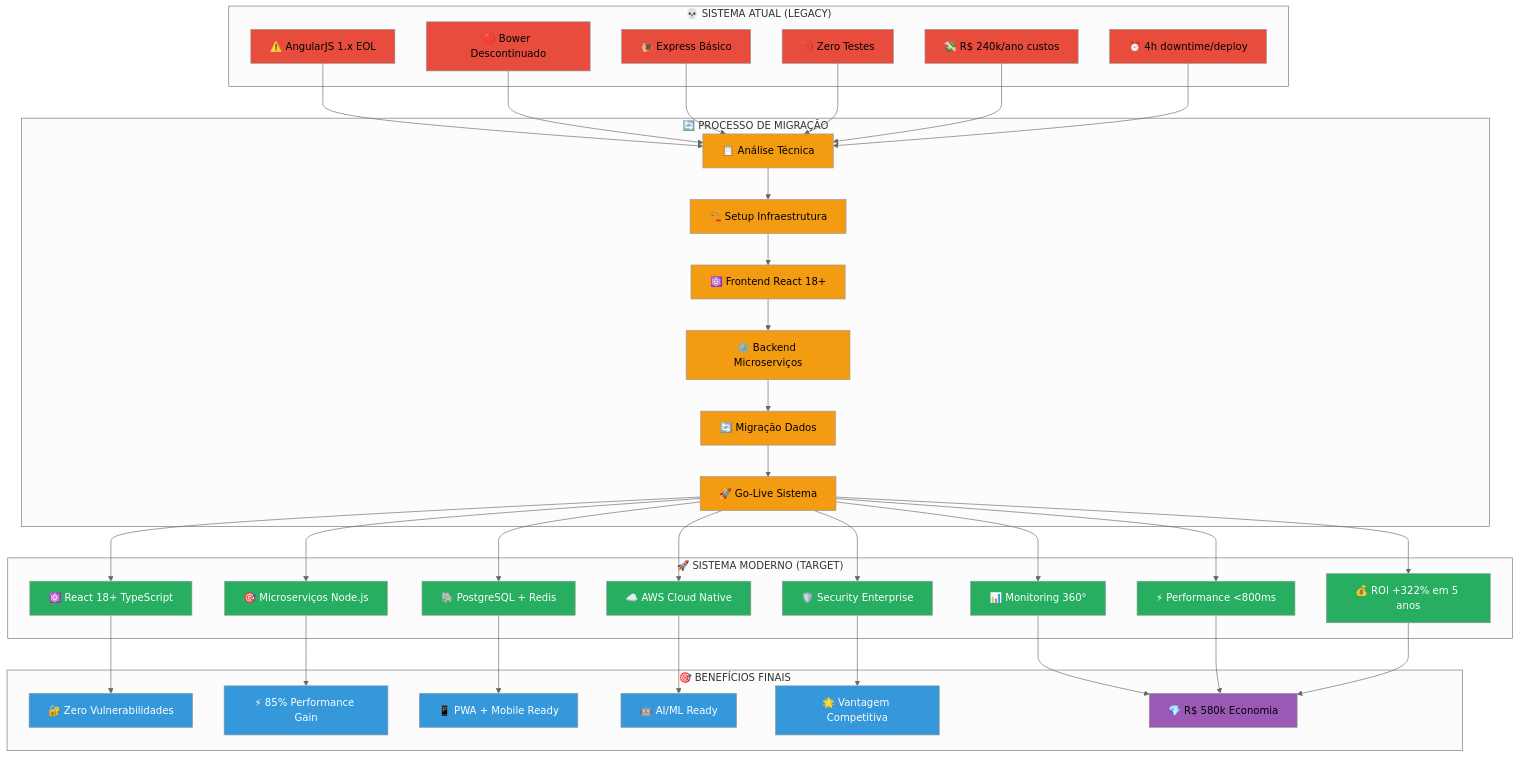
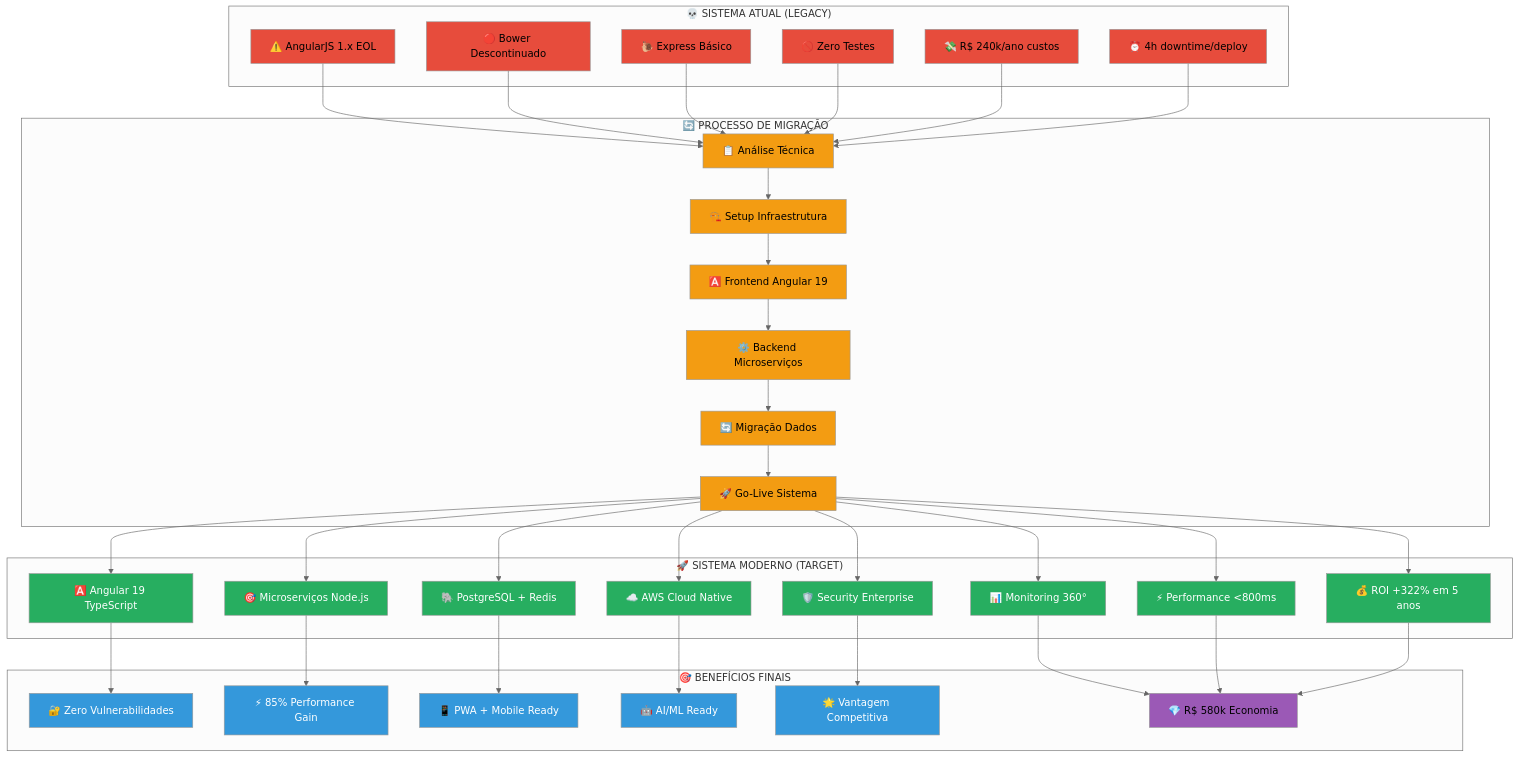
One commit to EduPereiraAlest/FocusTextil changed the diagram in 01-Proposta/documentacao/diagrams.md. Above: the diagram before and after it, drawn with Mermaid (neutral theme). The commit also changed other lines of this file and 56 other files, not shown here.

Commit message:
refactor: migrate frontend from React to Angular architecture

```diff
--- a/01-Proposta/documentacao/diagrams.md
+++ b/01-Proposta/documentacao/diagrams.md
@@ -16,14 +16,14 @@
 subgraph "🔄 PROCESSO DE MIGRAÇÃO"
 G["📋 Análise Técnica"]
 H["🏗️ Setup Infraestrutura"]
-I["⚛️ Frontend React 18+"]
+I["🅰️ Frontend Angular 19"]
 J["⚙️ Backend Microserviços"]
 K["🔄 Migração Dados"]
 L["🚀 Go-Live Sistema"]
 end
 
 subgraph "🚀 SISTEMA MODERNO (TARGET)"
-M["⚛️ React 18+ TypeScript"]
+M["🅰️ Angular 19 TypeScript"]
 N["🎯 Microserviços Node.js"]
 O["🐘 PostgreSQL + Redis"]
 P["☁️ AWS Cloud Native"]
```
